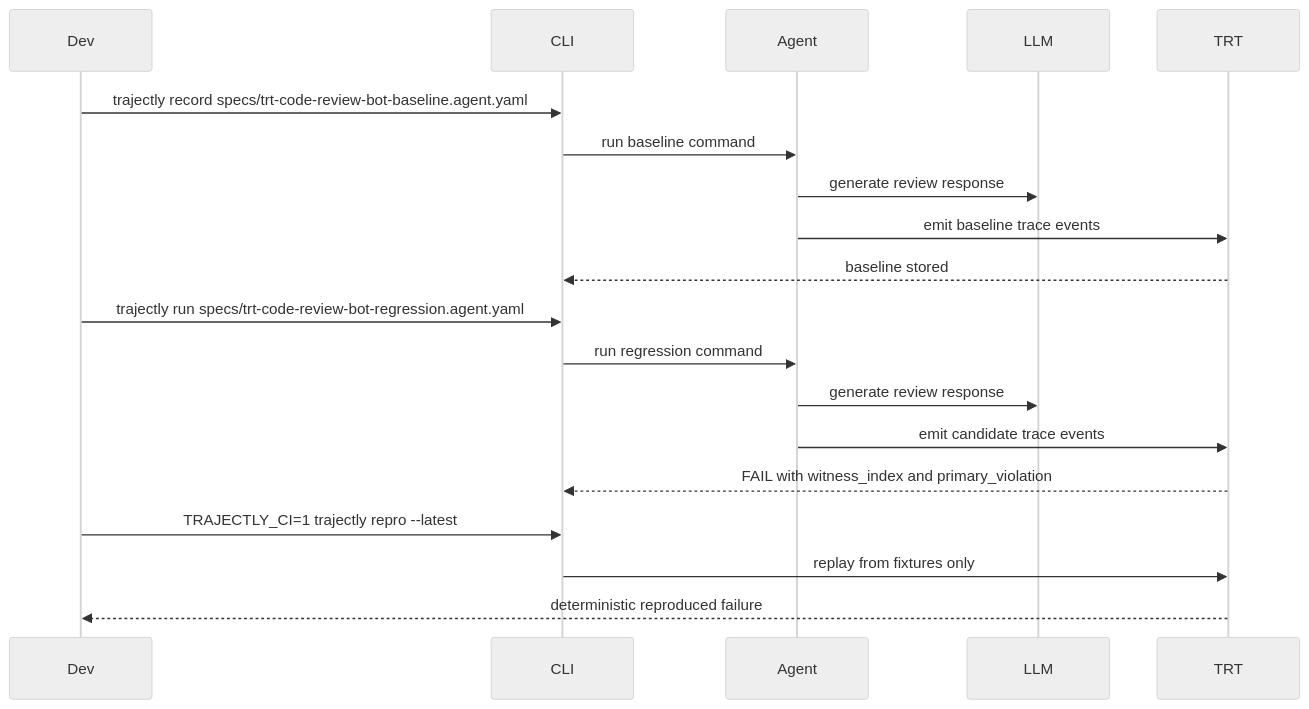
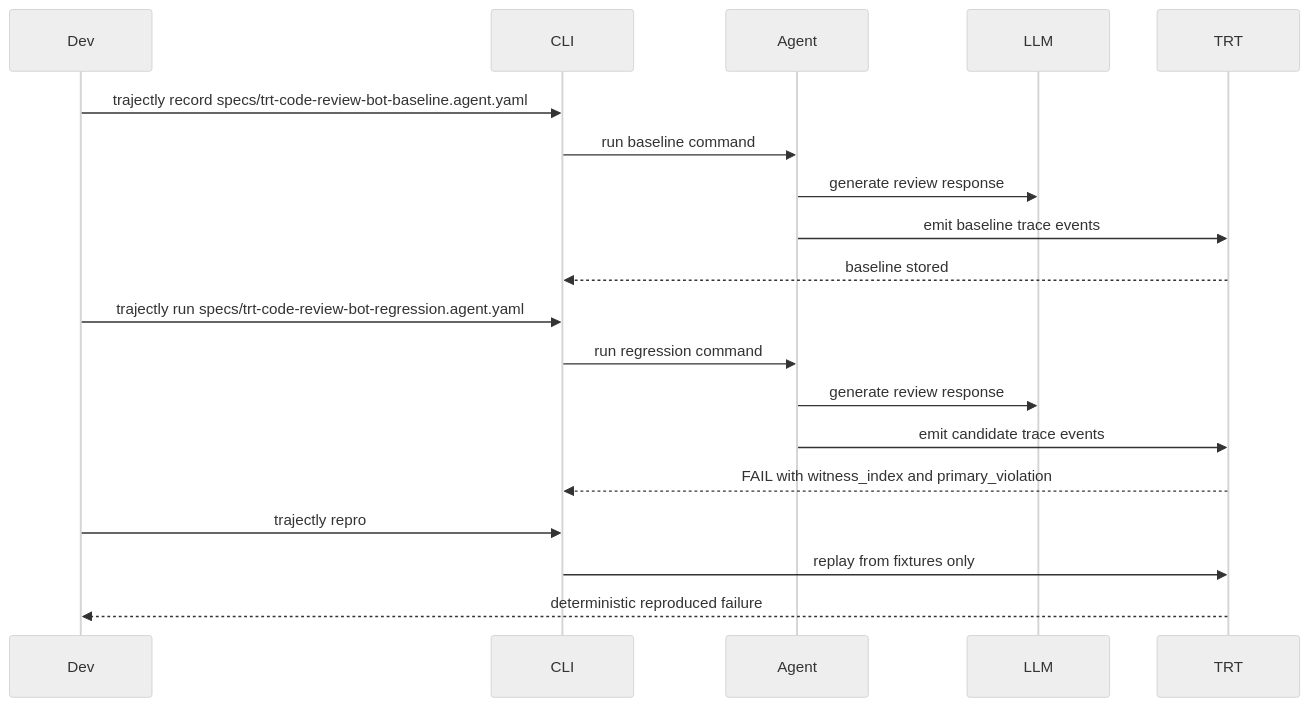
One commit to trajectly/trajectly changed the eighth of 8 diagrams in docs/trt_theory.md. Above: the diagram before and after it, drawn with Mermaid (neutral theme). The commit also changed other lines of this file and 59 other files, not shown here.

````diff
--- a/docs/trt_theory.md
+++ b/docs/trt_theory.md
@@ -366,24 +366,24 @@
 ```mermaid
 sequenceDiagram
     participant Dev
     participant CLI
     participant Agent
     participant LLM
     participant TRT
 
     Dev->>CLI: trajectly record specs/trt-code-review-bot-baseline.agent.yaml
     CLI->>Agent: run baseline command
     Agent->>LLM: generate review response
     Agent->>TRT: emit baseline trace events
     TRT-->>CLI: baseline stored
 
     Dev->>CLI: trajectly run specs/trt-code-review-bot-regression.agent.yaml
     CLI->>Agent: run regression command
     Agent->>LLM: generate review response
     Agent->>TRT: emit candidate trace events
     TRT-->>CLI: FAIL with witness_index and primary_violation
 
-    Dev->>CLI: TRAJECTLY_CI=1 trajectly repro --latest
+    Dev->>CLI: trajectly repro
     CLI->>TRT: replay from fixtures only
     TRT-->>Dev: deterministic reproduced failure
 ```
````
